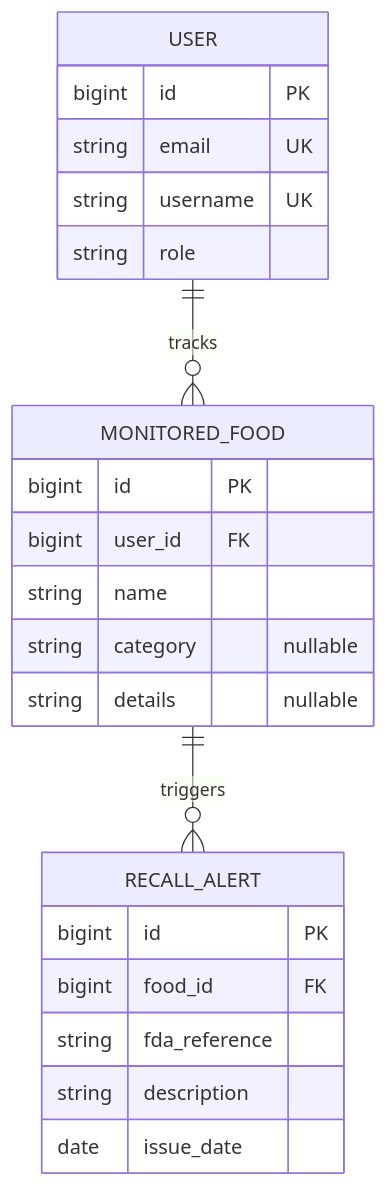
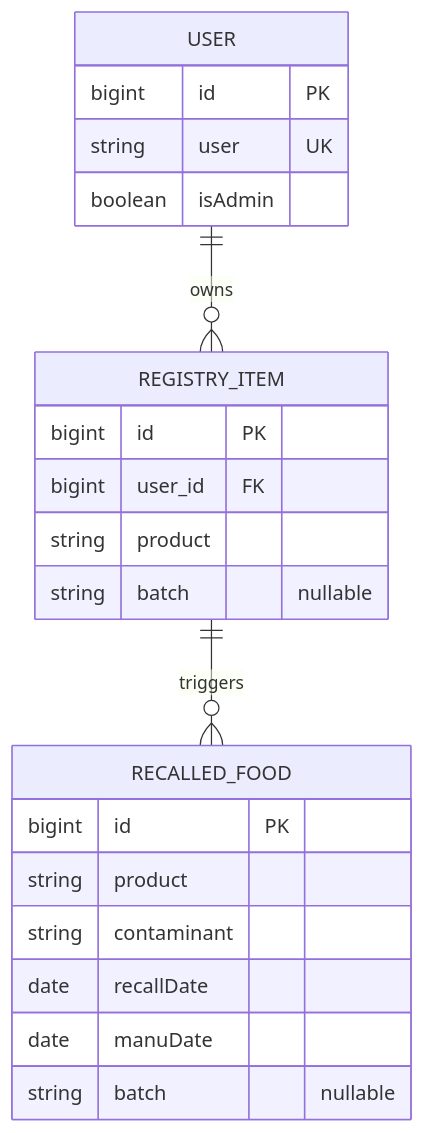
Before and after one commit to Niko-Proud/CST-438_Project_2_API: the diagram in docs/proposal.md, drawn with Mermaid. The commit also changed other lines of this file, not shown here.

````diff
--- a/docs/proposal.md
+++ b/docs/proposal.md
@@ -17,25 +17,24 @@
 ```mermaid
 erDiagram
-    USER ||--o{ MONITORED_FOOD : tracks
-    MONITORED_FOOD ||--o{ RECALL_ALERT : triggers
+    USER ||--o{ REGISTRY_ITEM : owns
+    REGISTRY_ITEM ||--o{ RECALLED_FOOD : triggers
     USER {
         bigint id PK
-        string email UK
-        string username UK
-        string role
+        string user UK
+        boolean isAdmin
     }
-    MONITORED_FOOD {
+    REGISTRY_ITEM {
         bigint id PK
         bigint user_id FK
-        string name
-        string category "nullable"
-        string details "nullable"
+        string product
+        string batch "nullable"
     }
-    RECALL_ALERT {
+    RECALLED_FOOD {
         bigint id PK
-        bigint food_id FK
-        string fda_reference
-        string description
-        date issue_date
+        string product
+        string contaminant
+        date recallDate
+        date manuDate
+        string batch "nullable"
     }
 ```
````
